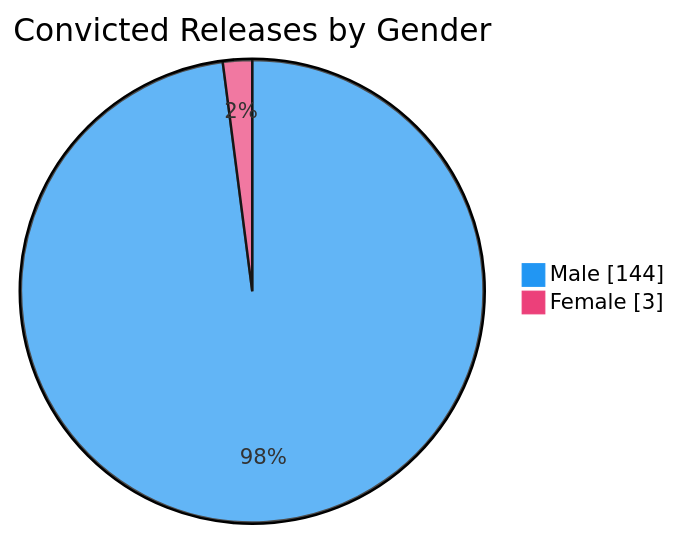
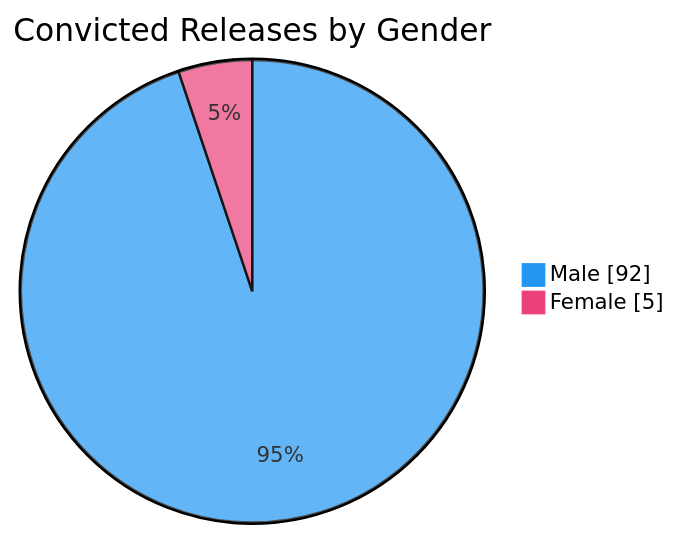
One commit to nuuuwan/lk_prisons changed the sixth of 7 diagrams in README.md. Above: the diagram before and after it, drawn with Mermaid. The commit also changed other lines of this file and 1 other file, not shown here.

````diff
--- a/README.md
+++ b/README.md
@@ -98,6 +98,6 @@
 ```mermaid
 %%{init: {'themeVariables': {'pie1': '#2196F3', 'pie2': '#EC407A'}}}%%
 pie showData title Convicted Releases by Gender
-    "Male" : 144
-    "Female" : 3
+    "Male" : 92
+    "Female" : 5
 ```
````
